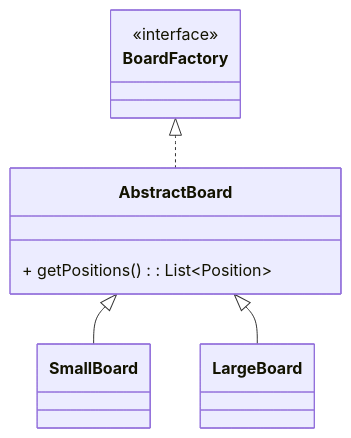
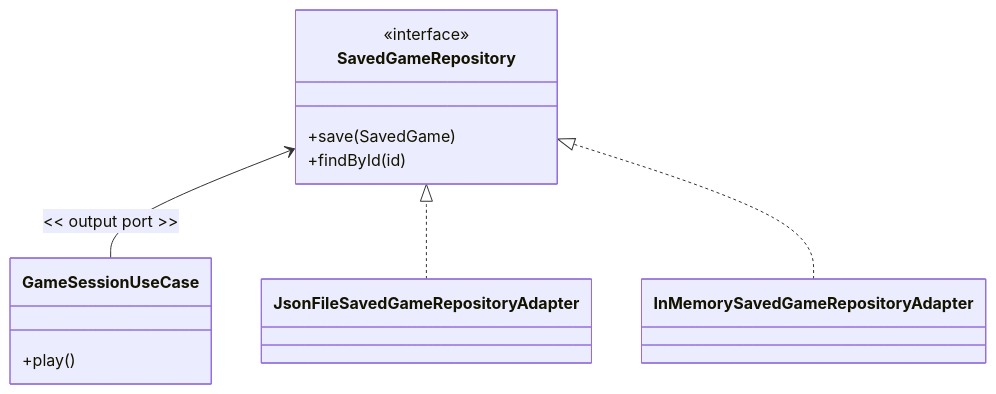
Before and after one commit to SirRmelTheThird/HyperJump: the tenth of 30 diagrams in README.md, drawn with Mermaid. The commit also changed other lines of this file, not shown here.

````diff
--- a/README.md
+++ b/README.md
@@ -356,19 +256,25 @@
 ```mermaid
 classDiagram
-    AbstractBoard <|-- SmallBoard
-    AbstractBoard <|-- LargeBoard
-    BoardFactory <|.. AbstractBoard
+    direction BT
 
-    class BoardFactory {
-        <<interface>>
+    class GameSessionUseCase {
+        +play()
     }
 
-    class AbstractBoard {
-        + getPositions(): List~Position~
+    class SavedGameRepository {
+        <<interface>>
+        +save(SavedGame)
+        +findById(id)
     }
 
-    class SmallBoard
+    class JsonFileSavedGameRepositoryAdapter {
+    }
 
-    class LargeBoard
+    class InMemorySavedGameRepositoryAdapter {
+    }
 
+    GameSessionUseCase --> SavedGameRepository : << output port >>
+
+    JsonFileSavedGameRepositoryAdapter ..|> SavedGameRepository
+    InMemorySavedGameRepositoryAdapter ..|> SavedGameRepository
 ```
````
